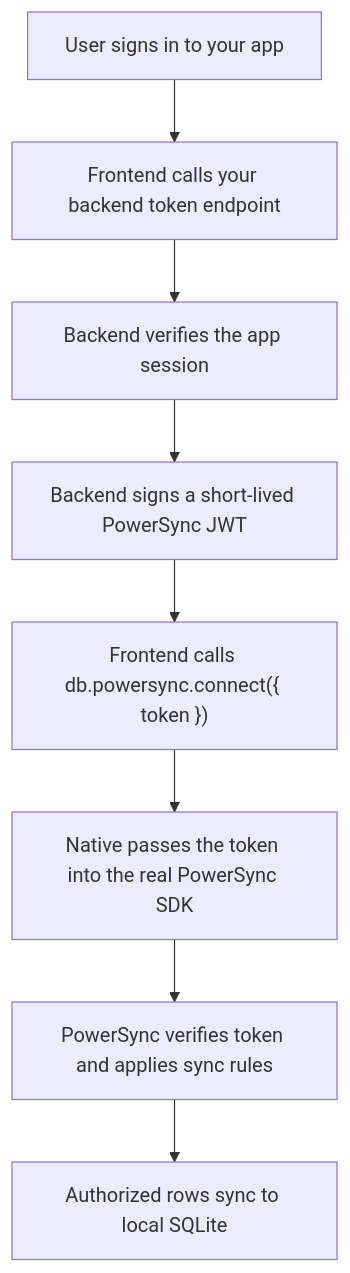
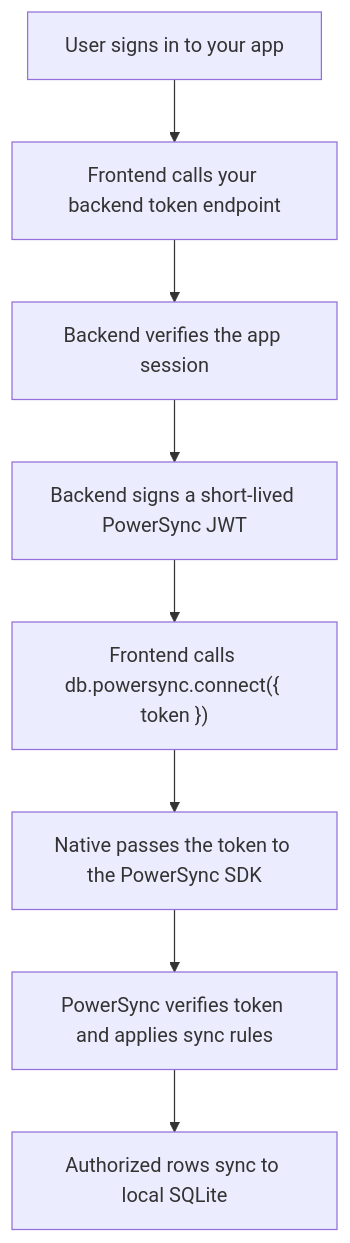
One commit to despia-native/docs changed the diagram in local-database/reference.mdx. Above: the diagram before and after it, drawn with Mermaid. The commit also changed other lines of this file and 2 other files, not shown here.

First line of the commit message:
Update PowerSync and OneSignal documentation

````diff
--- a/local-database/reference.mdx
+++ b/local-database/reference.mdx
@@ -605,10 +545,10 @@
 ```mermaid
 flowchart TD
     A["User signs in to your app"] --> B["Frontend calls your backend token endpoint"]
     B --> C["Backend verifies the app session"]
     C --> D["Backend signs a short-lived PowerSync JWT"]
     D --> E["Frontend calls db.powersync.connect({ token })"]
-    E --> F["Native passes the token into the real PowerSync SDK"]
+    E --> F["Native passes the token to the PowerSync SDK"]
     F --> G["PowerSync verifies token and applies sync rules"]
     G --> H["Authorized rows sync to local SQLite"]
 ```
````
